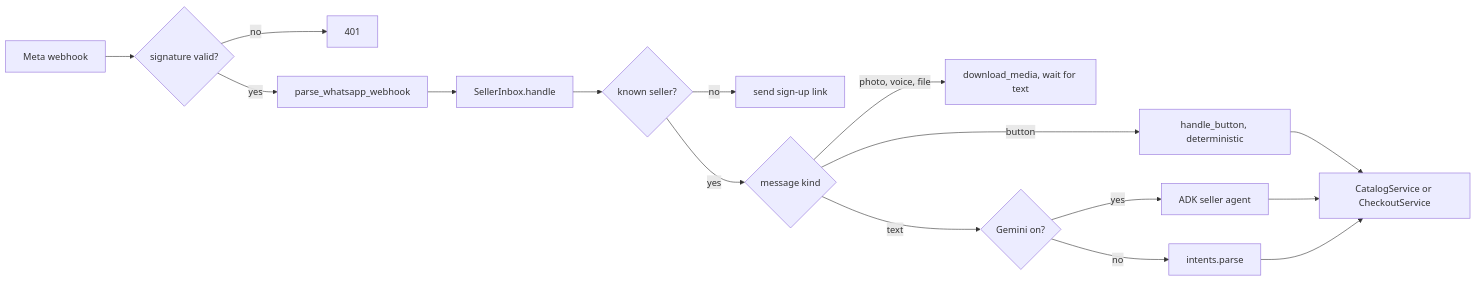
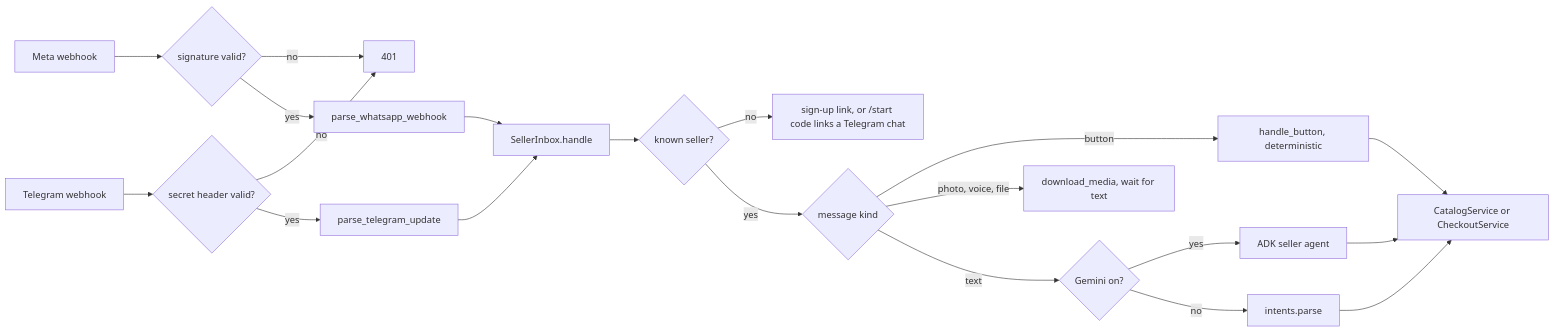
Before and after one commit to galihsatriawan/etalase: the third of 5 diagrams in learn/architecture/overview.md, drawn with Mermaid. The commit also changed other lines of this file and 106 other files, not shown here.

````diff
--- a/learn/architecture/overview.md
+++ b/learn/architecture/overview.md
@@ -139,18 +153,22 @@
 ```mermaid
 flowchart LR
   M[Meta webhook] --> V{signature valid?}
   V -->|no| X[401]
   V -->|yes| P[parse_whatsapp_webhook]
+  TG[Telegram webhook] --> TS{secret header valid?}
+  TS -->|no| X
+  TS -->|yes| TP[parse_telegram_update]
+  TP --> H
   P --> H[SellerInbox.handle]
   H --> U{known seller?}
-  U -->|no| REG[send sign-up link]
+  U -->|no| REG[sign-up link, or /start code links a Telegram chat]
   U -->|yes| K{message kind}
   K -->|button| BTN["handle_button, deterministic"]
   K -->|photo, voice, file| MED[download_media, wait for text]
   K -->|text| T{Gemini on?}
   T -->|yes| AG[ADK seller agent]
   T -->|no| IP[intents.parse]
   BTN --> SV[CatalogService or CheckoutService]
   AG --> SV
   IP --> SV
 ```
````
